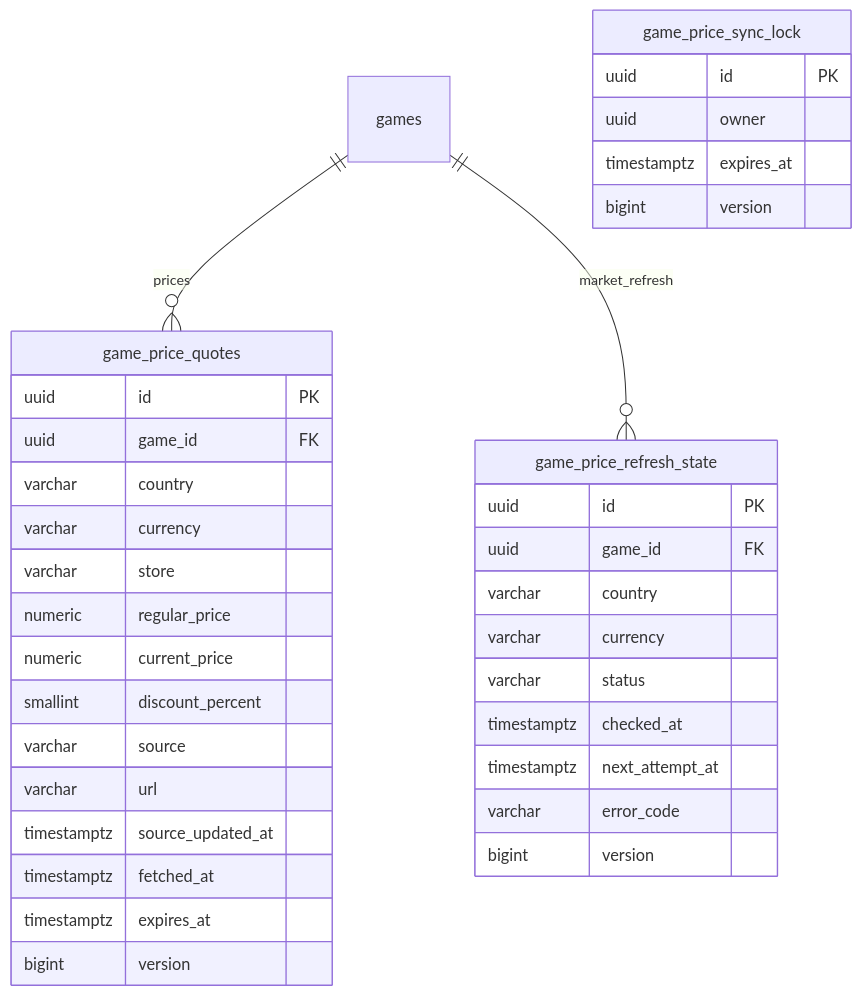
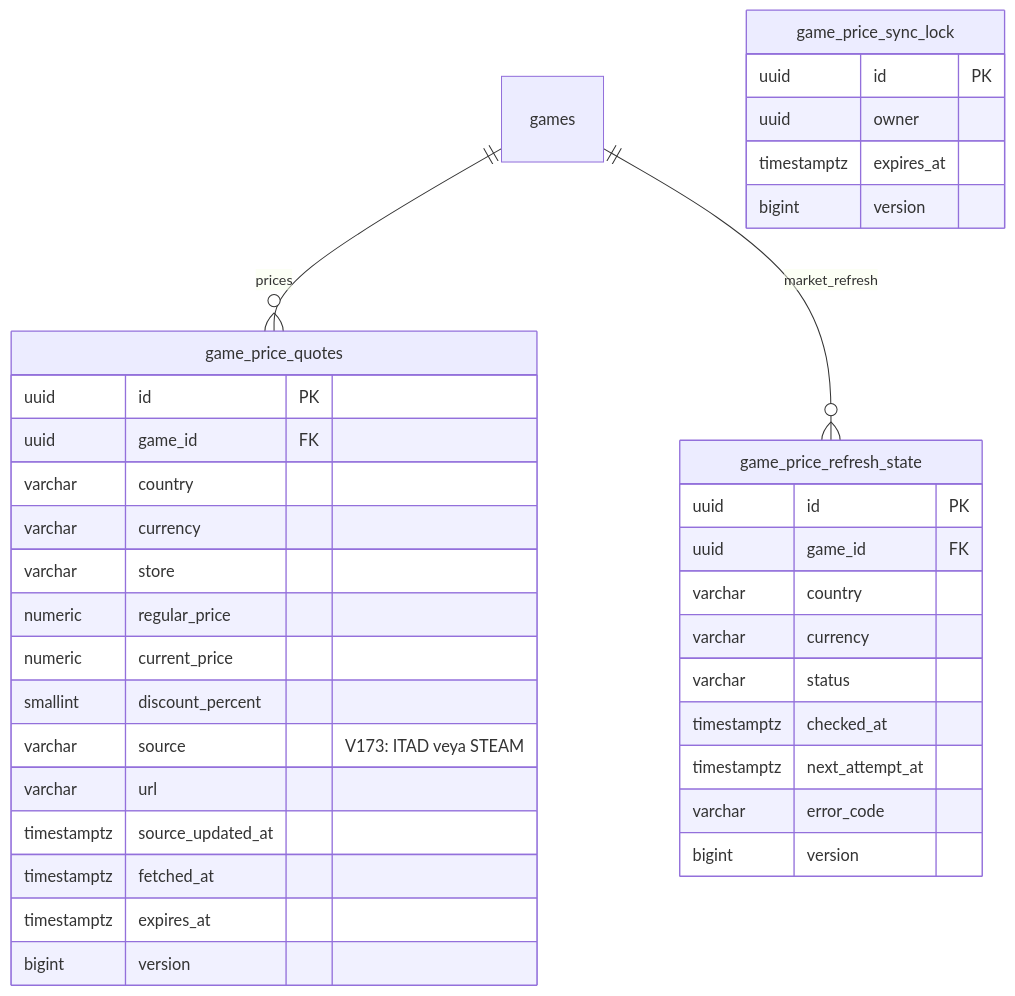
The fifth of 32 diagrams in docs/er-diagram.md (alperrte/lobbytwozero), drawn with Mermaid before and after one commit. The commit also changed other lines of this file and 4 other files, not shown here.

````diff
--- a/docs/er-diagram.md
+++ b/docs/er-diagram.md
@@ -281,38 +281,38 @@
 ```mermaid
 erDiagram
   games ||--o{ game_price_quotes : prices
   games ||--o{ game_price_refresh_state : market_refresh
   game_price_quotes {
     uuid id PK
     uuid game_id FK
     varchar country
     varchar currency
     varchar store
     numeric regular_price
     numeric current_price
     smallint discount_percent
-    varchar source
+    varchar source "V173: ITAD veya STEAM"
     varchar url
     timestamptz source_updated_at
     timestamptz fetched_at
     timestamptz expires_at
     bigint version
   }
   game_price_refresh_state {
     uuid id PK
     uuid game_id FK
     varchar country
     varchar currency
     varchar status
     timestamptz checked_at
     timestamptz next_attempt_at
     varchar error_code
     bigint version
   }
   game_price_sync_lock {
     uuid id PK
     uuid owner
     timestamptz expires_at
     bigint version
   }
 ```
````
